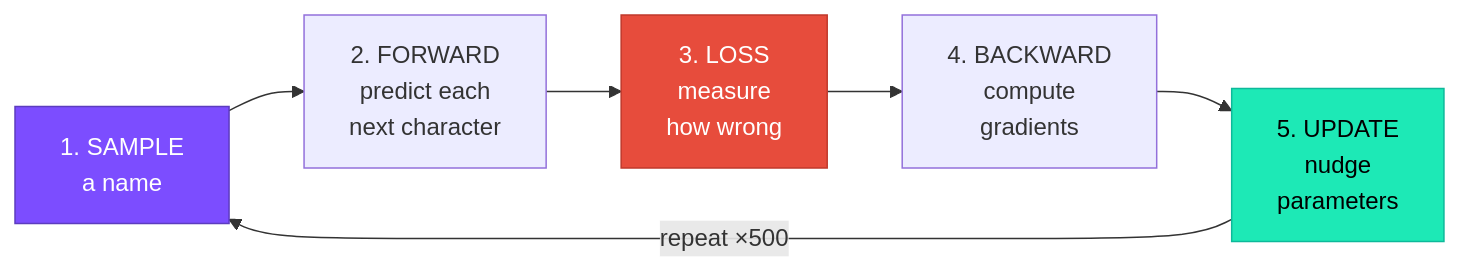
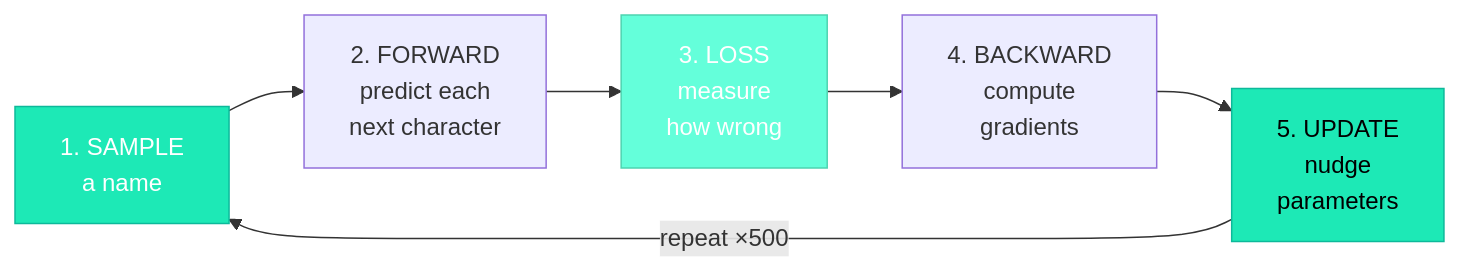
The diagram in docs/04-training/00-what-is-training.md (iamkhalid2/microgpt-course), drawn with Mermaid before and after one commit. The commit also changed 23 other files, not shown here.

````diff
--- a/docs/04-training/00-what-is-training.md
+++ b/docs/04-training/00-what-is-training.md
@@ -40,12 +40,12 @@
 ```mermaid
 flowchart LR
     S["1. SAMPLE\na name"] --> F["2. FORWARD\npredict each\nnext character"]
     F --> L["3. LOSS\nmeasure\nhow wrong"]
     L --> B["4. BACKWARD\ncompute\ngradients"]
     B --> U["5. UPDATE\nnudge\nparameters"]
     U --> |"repeat ×500"| S
 
-    style S fill:#7c4dff,stroke:#5c3cbf,color:#fff
-    style L fill:#e74c3c,stroke:#c0392b,color:#fff
+    style S fill:#1de9b6,stroke:#0db99a,color:#fff
+    style L fill:#64ffda,stroke:#4dd4b0,color:#fff
     style U fill:#1de9b6,stroke:#0db99a,color:#000
 ```
````
